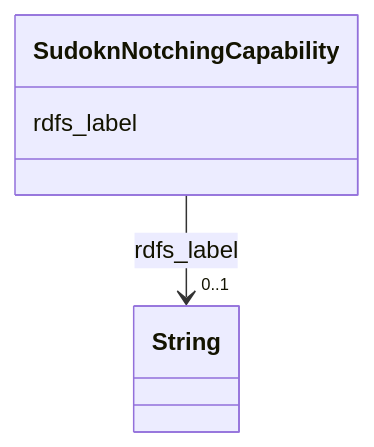
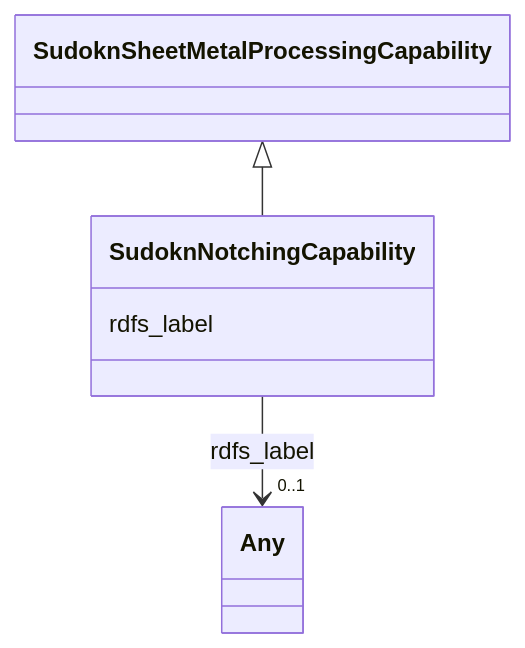
Before and after one commit to frink-okn/graph-descriptions: the diagram in sudokn-kg/classes/SudoknNotchingCapability.md, drawn with Mermaid. The commit also changed other lines of this file and 903 other files, not shown here.

````diff
--- a/sudokn-kg/classes/SudoknNotchingCapability.md
+++ b/sudokn-kg/classes/SudoknNotchingCapability.md
@@ -23,15 +18,18 @@
 ```mermaid
  classDiagram
     class SudoknNotchingCapability
     click SudoknNotchingCapability href "../SudoknNotchingCapability"
+      SudoknSheetMetalProcessingCapability <|-- SudoknNotchingCapability
+        click SudoknSheetMetalProcessingCapability href "../SudoknSheetMetalProcessingCapability"
+      
       SudoknNotchingCapability : rdfs_label
         
           
     
     
-    SudoknNotchingCapability --> "0..1" String : rdfs_label
-    click String href "../String"
+    SudoknNotchingCapability --> "0..1" Any : rdfs_label
+    click Any href "../Any"
 
         
       
 ```
````
